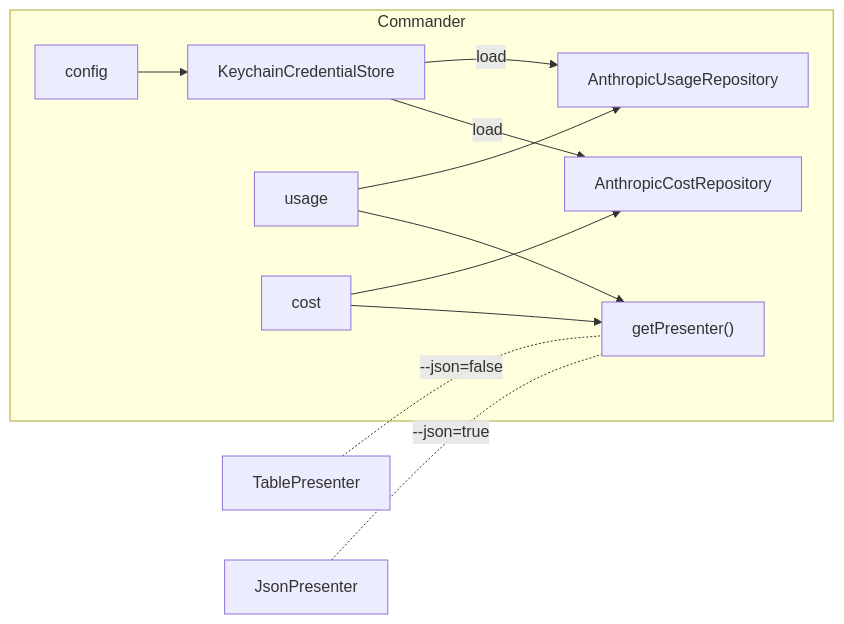
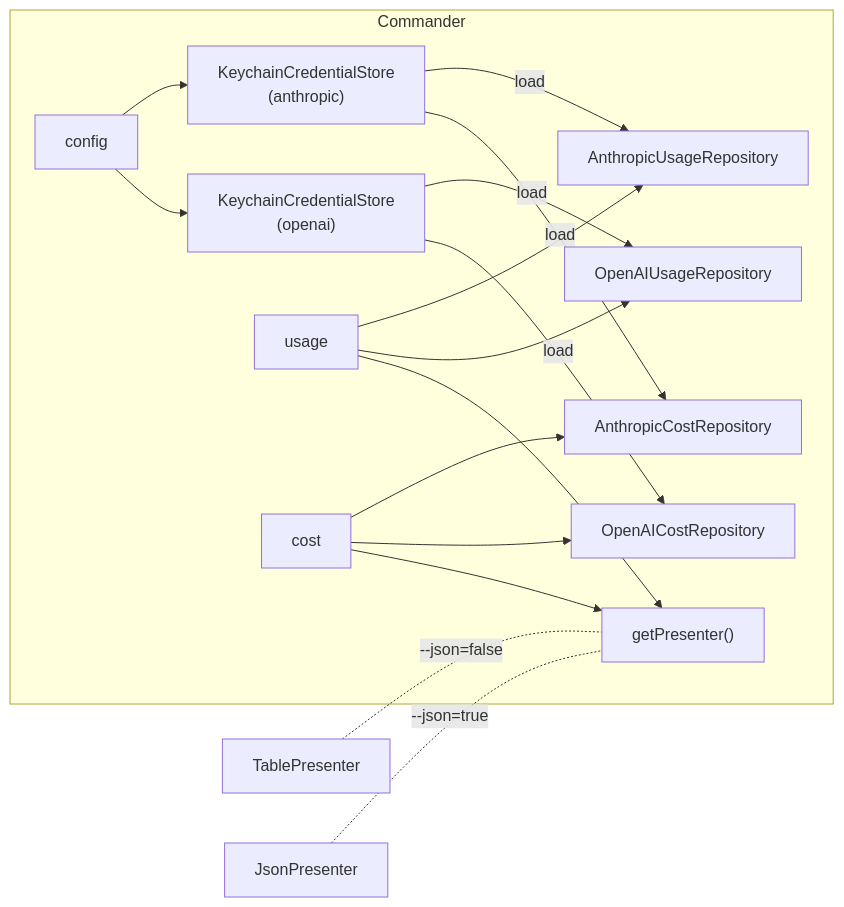
Before and after one commit to cyberash-dev/llm-cost-cli: the second of 4 diagrams in spec/architecture.md, drawn with Mermaid. The commit also changed other lines of this file and 35 other files, not shown here.

First line of the commit message:
add multi-provider support (OpenAI, OpenRouter) and rename to llm-cost-cli

````diff
--- a/spec/architecture.md
+++ b/spec/architecture.md
@@ -134,16 +139,19 @@
 ```mermaid
 graph LR
-  KCS["KeychainCredentialStore"] --> |load| AUR & ACR
+  AKCS["KeychainCredentialStore\n(anthropic)"] --> |load| AUR & ACR
+  OKCS["KeychainCredentialStore\n(openai)"] --> |load| OUR & OCR
   AUR["AnthropicUsageRepository"]
   ACR["AnthropicCostRepository"]
+  OUR["OpenAIUsageRepository"]
+  OCR["OpenAICostRepository"]
   TP["TablePresenter"]
   JP["JsonPresenter"]
   TP -.- |"--json=false"| PRES
   JP -.- |"--json=true"| PRES["getPresenter()"]
 
   subgraph Commander
-    CONFIG["config"] --> KCS
-    USAGE["usage"] --> AUR & PRES
-    COST["cost"] --> ACR & PRES
+    CONFIG["config"] --> AKCS & OKCS
+    USAGE["usage"] --> AUR & OUR & PRES
+    COST["cost"] --> ACR & OCR & PRES
   end
 ```
````
